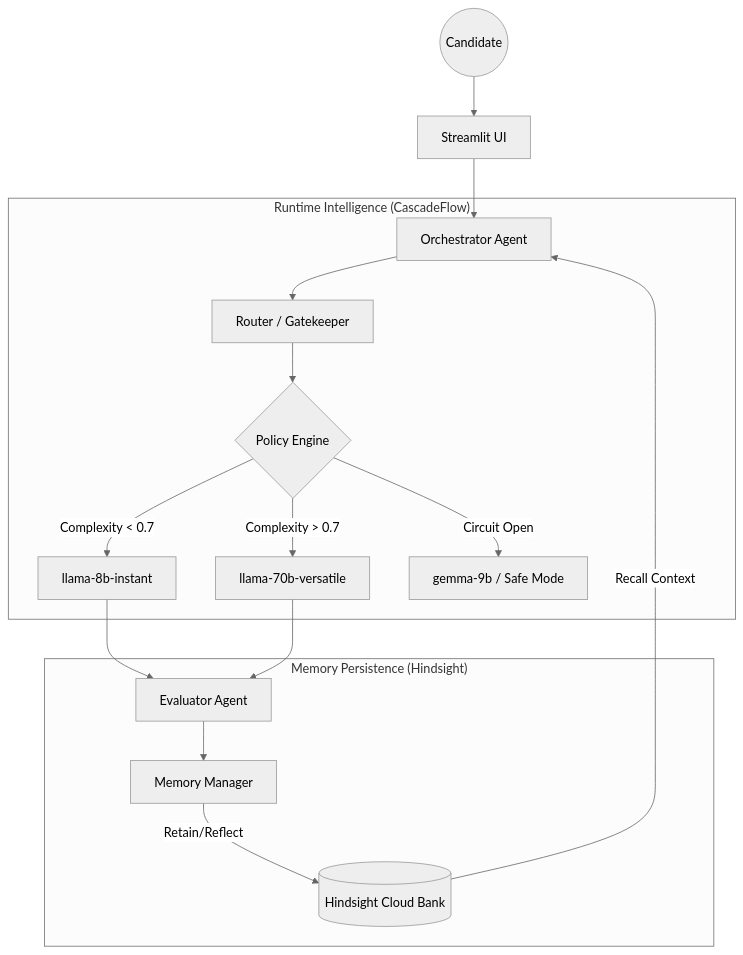
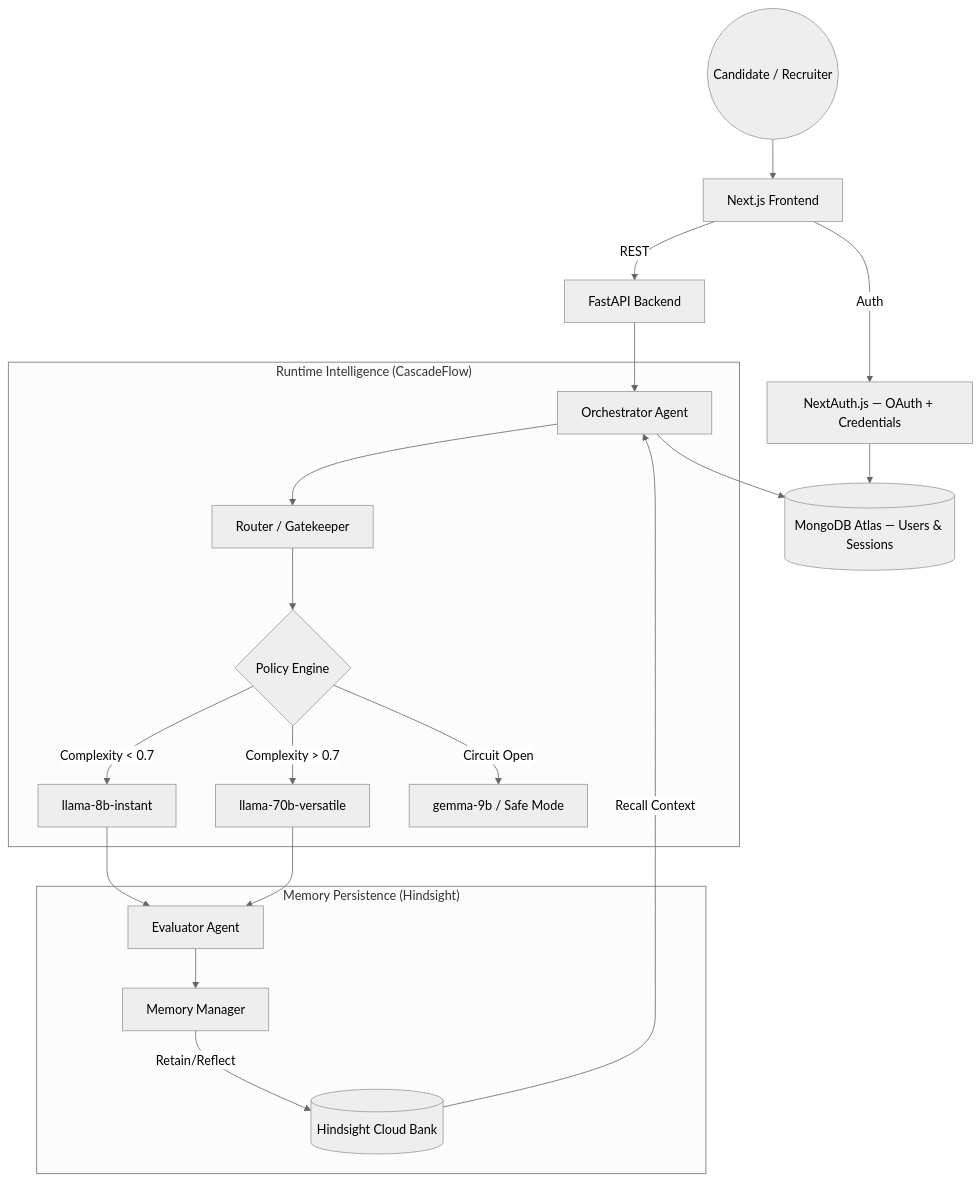
One commit to console-log-life/Revela-AI changed the diagram in README.md. Above: the diagram before and after it, drawn with Mermaid (neutral theme). The commit also changed other lines of this file, not shown here.

````diff
--- a/README.md
+++ b/README.md
@@ -39,21 +39,27 @@
 ```mermaid
 graph TD
-  User((Candidate)) --> UI[Streamlit UI]
-  UI --> Orchestrator[Orchestrator Agent]
-  
+  User((Candidate / Recruiter)) --> FE[Next.js Frontend]
+  FE -->|REST| API[FastAPI Backend]
+  FE -->|Auth| Auth[NextAuth.js — OAuth + Credentials]
+  Auth --> Mongo[(MongoDB Atlas — Users & Sessions)]
+
+  API --> Orchestrator[Orchestrator Agent]
+
   subgraph "Runtime Intelligence (CascadeFlow)"
     Orchestrator --> Router[Router / Gatekeeper]
     Router --> Policy{Policy Engine}
     Policy -- "Complexity < 0.7" --> Efficiency[llama-8b-instant]
     Policy -- "Complexity > 0.7" --> Performance[llama-70b-versatile]
     Policy -- "Circuit Open" --> Safety[gemma-9b / Safe Mode]
   end
 
   subgraph "Memory Persistence (Hindsight)"
     Efficiency --> Evaluator[Evaluator Agent]
     Performance --> Evaluator
     Evaluator --> Memory[Memory Manager]
     Memory -- "Retain/Reflect" --> HS[(Hindsight Cloud Bank)]
     HS -- "Recall Context" --> Orchestrator
   end
+
+  Orchestrator --> Mongo
 ```
````
